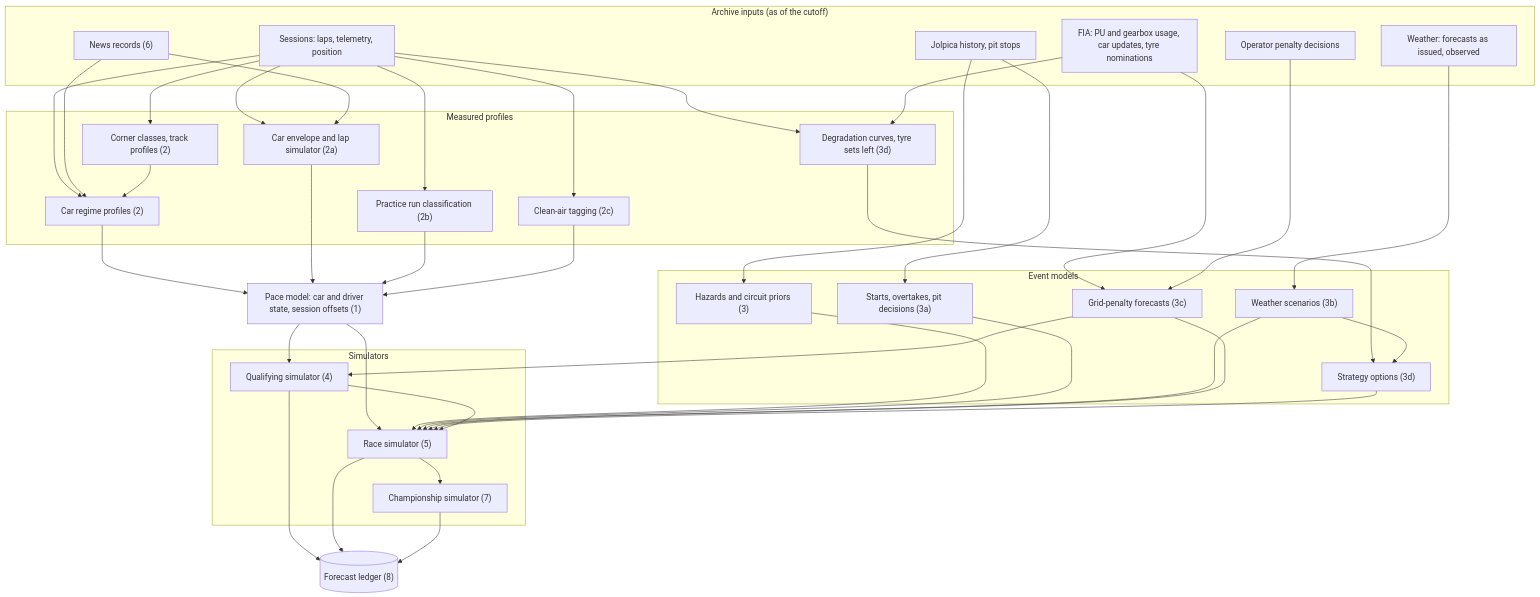
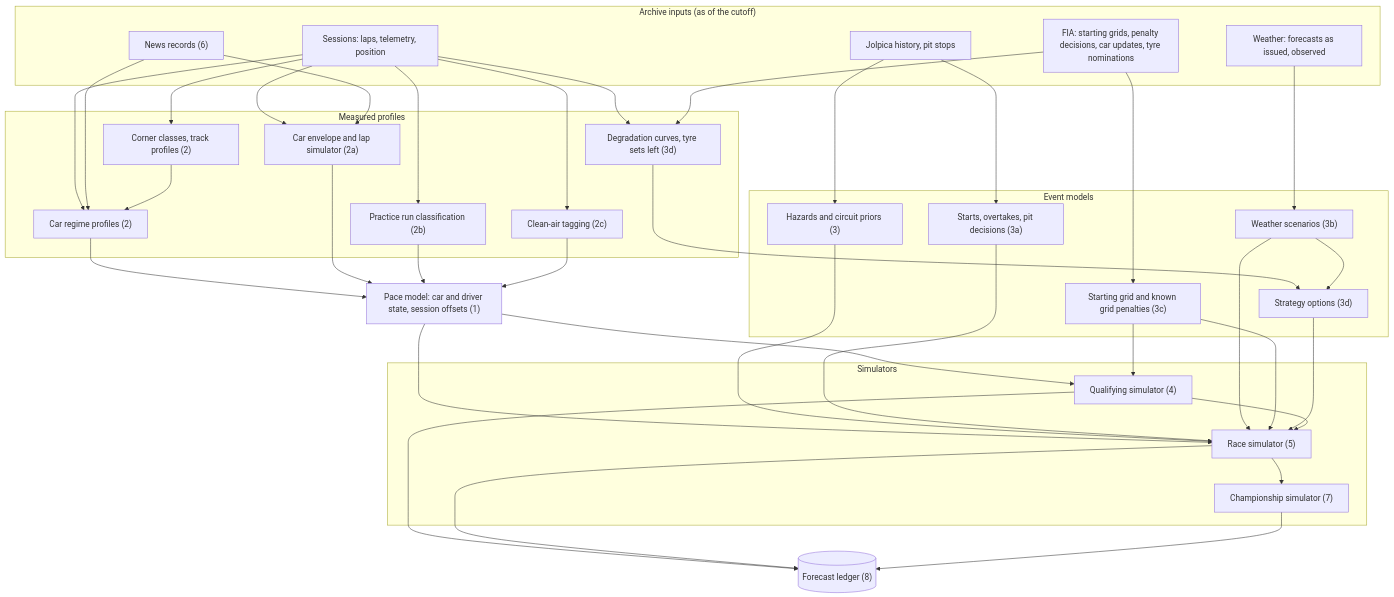
The third of 7 diagrams in design/prediction-engine.md (adityapandeydev/F1Stratagem), drawn with Mermaid before and after one commit. The commit also changed other lines of this file and 1 other file, not shown here.

First line of the commit message:
docs: stage 3, stage 4a grids, settings stability, audit and the plan ahead

````diff
--- a/design/prediction-engine.md
+++ b/design/prediction-engine.md
@@ -149,55 +157,53 @@
 ```mermaid
 flowchart TB
     subgraph inputs["Archive inputs (as of the cutoff)"]
         tel["Sessions: laps, telemetry, position"]
         hist["Jolpica history, pit stops"]
         wx["Weather: forecasts as issued, observed"]
-        fiat["FIA: PU and gearbox usage, car updates, tyre nominations"]
+        fiat["FIA: starting grids, penalty decisions, car updates, tyre nominations"]
         newsr["News records (6)"]
-        ops["Operator penalty decisions"]
     end
 
     subgraph measure["Measured profiles"]
         corners["Corner classes, track profiles (2)"]
         carprof["Car regime profiles (2)"]
         env["Car envelope and lap simulator (2a)"]
         runs["Practice run classification (2b)"]
         air["Clean-air tagging (2c)"]
         deg["Degradation curves, tyre sets left (3d)"]
     end
 
     pace["Pace model: car and driver state, session offsets (1)"]
 
     subgraph events["Event models"]
         hz["Hazards and circuit priors (3)"]
         learned["Starts, overtakes, pit decisions (3a)"]
         scen["Weather scenarios (3b)"]
-        pens["Grid-penalty forecasts (3c)"]
+        pens["Starting grid and known grid penalties (3c)"]
         strat["Strategy options (3d)"]
     end
 
     subgraph sims["Simulators"]
         qsim["Qualifying simulator (4)"]
         rsim["Race simulator (5)"]
         csim["Championship simulator (7)"]
     end
 
     ledger[("Forecast ledger (8)")]
 
     tel --> corners & carprof & env & runs & air & deg
     hist --> hz & learned
     newsr --> carprof & env
     corners --> carprof
     carprof & env & runs & air --> pace
     wx --> scen
     fiat --> pens & deg
-    ops --> pens
     deg --> strat
     scen --> strat
     pace --> qsim & rsim
     hz & learned & scen & pens & strat --> rsim
     pens --> qsim
     qsim --> rsim
     rsim --> csim
     qsim & rsim & csim --> ledger
 ```
````
